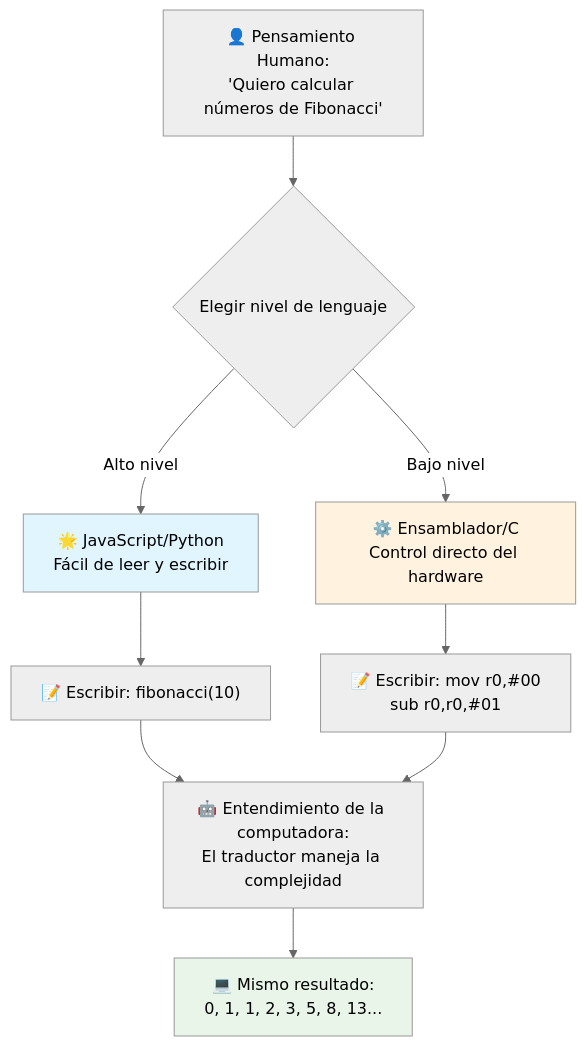
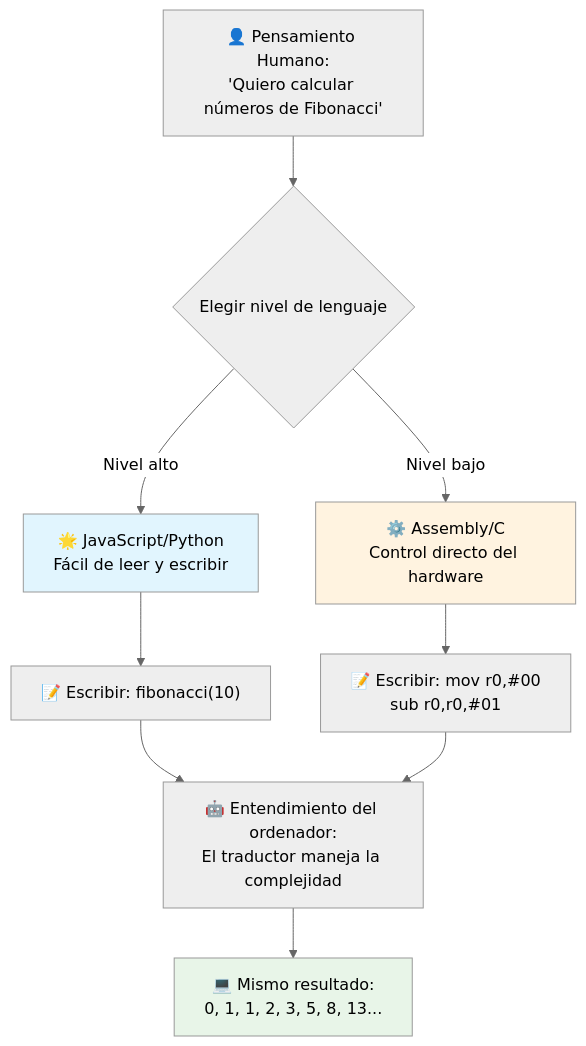
One commit to microsoft/Web-Dev-For-Beginners changed the third of 7 diagrams in translations/es/1-getting-started-lessons/1-intro-to-programming-languages/README.md. Above: the diagram before and after it, drawn with Mermaid (neutral theme). The commit also changed other lines of this file and 8 other files, not shown here.

````diff
--- a/translations/es/1-getting-started-lessons/1-intro-to-programming-languages/README.md
+++ b/translations/es/1-getting-started-lessons/1-intro-to-programming-languages/README.md
@@ -148,19 +148,19 @@
 ```mermaid
 flowchart TB
     A["👤 Pensamiento Humano:<br/>'Quiero calcular números de Fibonacci'"] --> B{Elegir nivel de lenguaje}
     
-    B -->|Alto nivel| C["🌟 JavaScript/Python<br/>Fácil de leer y escribir"]
-    B -->|Bajo nivel| D["⚙️ Ensamblador/C<br/>Control directo del hardware"]
+    B -->|Nivel alto| C["🌟 JavaScript/Python<br/>Fácil de leer y escribir"]
+    B -->|Nivel bajo| D["⚙️ Assembly/C<br/>Control directo del hardware"]
     
     C --> E["📝 Escribir: fibonacci(10)"]
     D --> F["📝 Escribir: mov r0,#00<br/>sub r0,r0,#01"]
     
-    E --> G["🤖 Entendimiento de la computadora:<br/>El traductor maneja la complejidad"]
+    E --> G["🤖 Entendimiento del ordenador:<br/>El traductor maneja la complejidad"]
     F --> G
     
     G --> H["💻 Mismo resultado:<br/>0, 1, 1, 2, 3, 5, 8, 13..."]
     
     style C fill:#e1f5fe
     style D fill:#fff3e0
     style H fill:#e8f5e8
 ```
````
